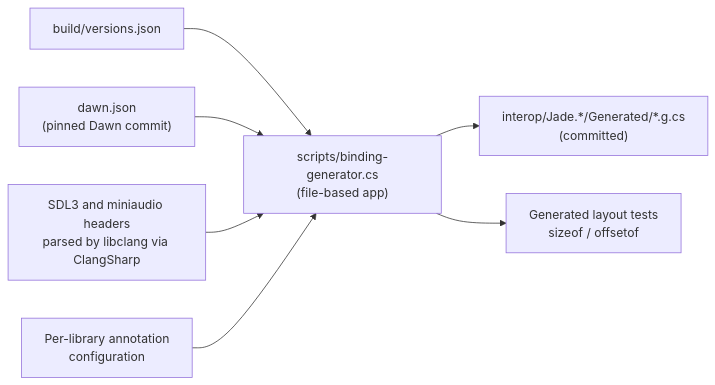
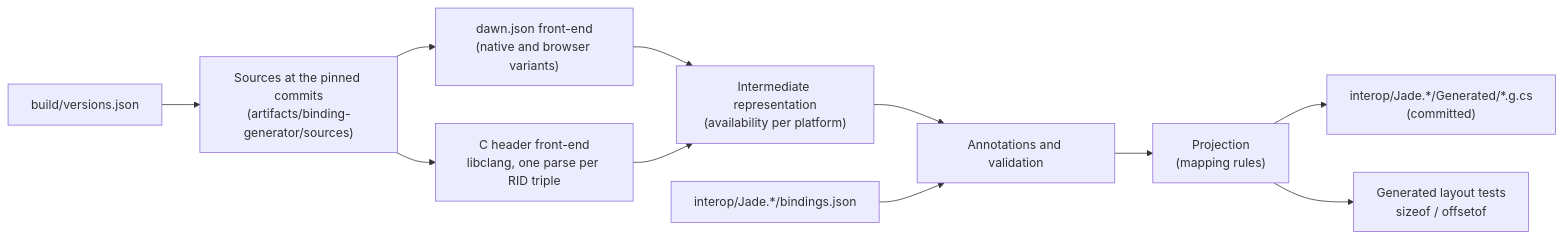
The second of 3 diagrams in docs/architecture.md (AerafalDev/Jade), drawn with Mermaid before and after one commit. The commit also changed other lines of this file and 68 other files, not shown here.

Commit message:
build: add the binding generator skeleton and its design records (#6)

````diff
--- a/docs/architecture.md
+++ b/docs/architecture.md
@@ -69,9 +75,13 @@
 ```mermaid
 flowchart LR
-    versions["build/versions.json"] --> gen
-    dawn["dawn.json<br/>(pinned Dawn commit)"] --> gen
-    headers["SDL3 and miniaudio headers<br/>parsed by libclang via ClangSharp"] --> gen
-    config["Per-library annotation<br/>configuration"] --> gen
-    gen["scripts/binding-generator.cs<br/>(file-based app)"] --> out["interop/Jade.*/Generated/*.g.cs<br/>(committed)"]
-    gen --> layout["Generated layout tests<br/>sizeof / offsetof"]
+    versions["build/versions.json"] --> fetch
+    fetch["Sources at the pinned commits<br/>(artifacts/binding-generator/sources)"] --> dawnfe
+    fetch --> clangfe
+    dawnfe["dawn.json front-end<br/>(native and browser variants)"] --> ir
+    clangfe["C header front-end<br/>libclang, one parse per RID triple"] --> ir
+    ir["Intermediate representation<br/>(availability per platform)"] --> ann
+    config["interop/Jade.*/bindings.json"] --> ann
+    ann["Annotations and validation"] --> proj["Projection<br/>(mapping rules)"]
+    proj --> out["interop/Jade.*/Generated/*.g.cs<br/>(committed)"]
+    proj --> layout["Generated layout tests<br/>sizeof / offsetof"]
 ```
````
